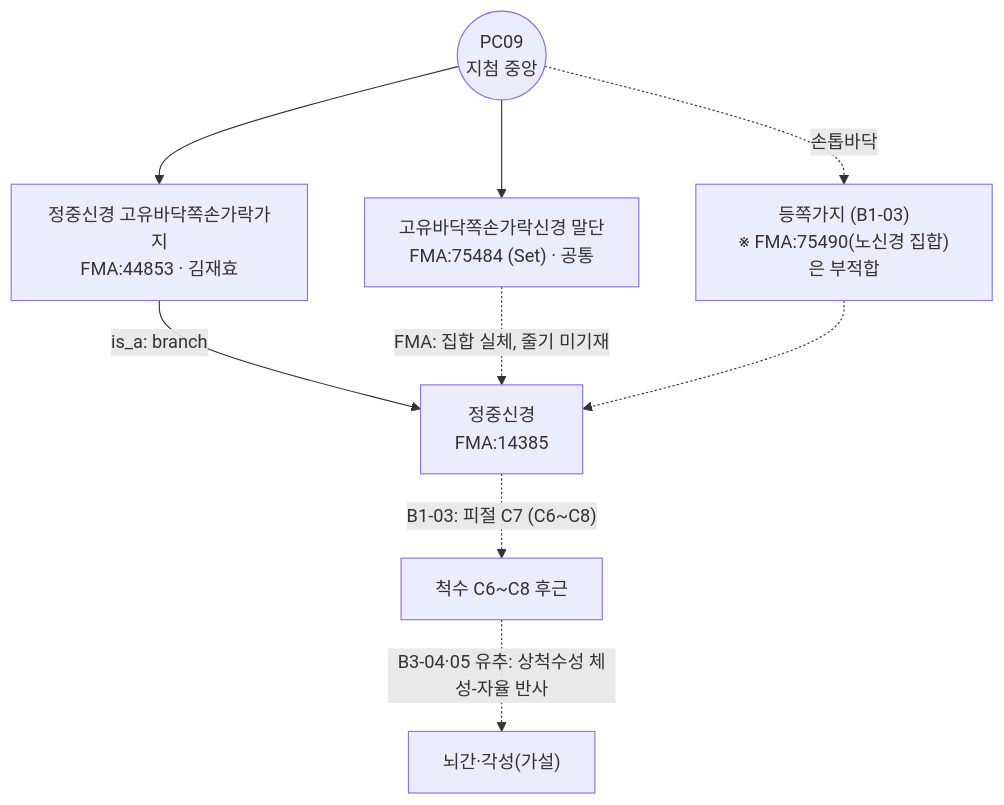
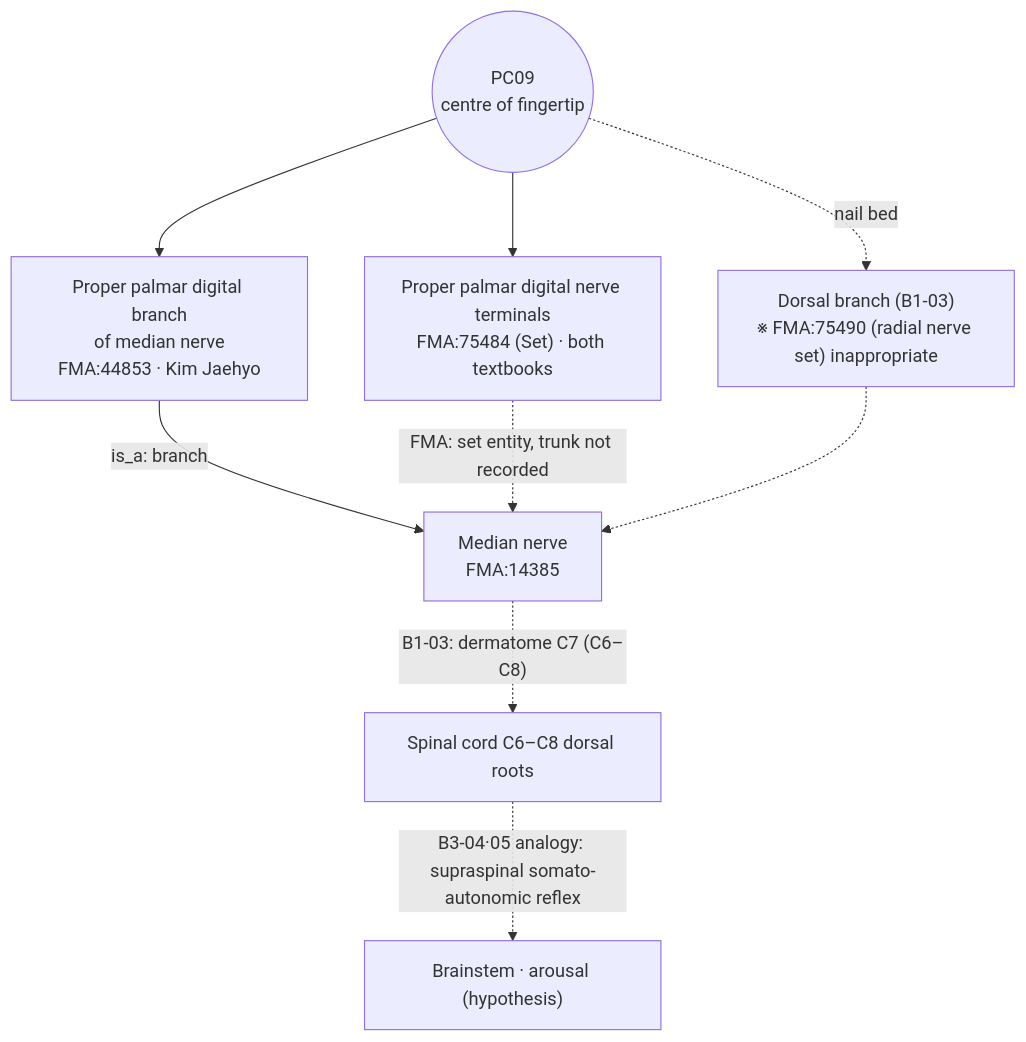
One commit to jaehyokim-sketch/acupoint_anatomy changed the diagram in 01_경혈별_해부생리_분석보고서/PC_수궐음심포경/PC09_중충/PC09_중충_해부생리_실체판명_보고서_en.md. Above: the diagram before and after it, drawn with Mermaid. The commit also changed other lines of this file and 199 other files, not shown here.

````diff
--- a/01_경혈별_해부생리_분석보고서/PC_수궐음심포경/PC09_중충/PC09_중충_해부생리_실체판명_보고서_en.md
+++ b/01_경혈별_해부생리_분석보고서/PC_수궐음심포경/PC09_중충/PC09_중충_해부생리_실체판명_보고서_en.md
@@ -207,11 +209,11 @@
 ```mermaid
 flowchart TB
-  P(("PC09<br/>지첨 중앙")) --> PPD["고유바닥쪽손가락신경 말단<br/>FMA:75484 (Set) · 공통"]
-  P --> PPDM["정중신경 고유바닥쪽손가락가지<br/>FMA:44853 · 김재효"]
-  P -.손톱바닥.-> DB["등쪽가지 (B1-03)<br/>※ FMA:75490(노신경 집합)은 부적합"]
-  PPDM -- "is_a: branch" --> MED["정중신경<br/>FMA:14385"]
-  PPD -. "FMA: 집합 실체, 줄기 미기재" .-> MED
+  P(("PC09<br/>centre of fingertip")) --> PPD["Proper palmar digital nerve terminals<br/>FMA:75484 (Set) · both textbooks"]
+  P --> PPDM["Proper palmar digital branch<br/>of median nerve<br/>FMA:44853 · Kim Jaehyo"]
+  P -.nail bed.-> DB["Dorsal branch (B1-03)<br/>※ FMA:75490 (radial nerve set) inappropriate"]
+  PPDM -- "is_a: branch" --> MED["Median nerve<br/>FMA:14385"]
+  PPD -. "FMA: set entity, trunk not recorded" .-> MED
   DB -.-> MED
-  MED -. "B1-03: 피절 C7 (C6~C8)" .-> SC["척수 C6~C8 후근"]
-  SC -. "B3-04·05 유추: 상척수성 체성-자율 반사" .-> BS["뇌간·각성(가설)"]
+  MED -. "B1-03: dermatome C7 (C6–C8)" .-> SC["Spinal cord C6–C8 dorsal roots"]
+  SC -. "B3-04·05 analogy: supraspinal somato-autonomic reflex" .-> BS["Brainstem · arousal (hypothesis)"]
 ```
````
